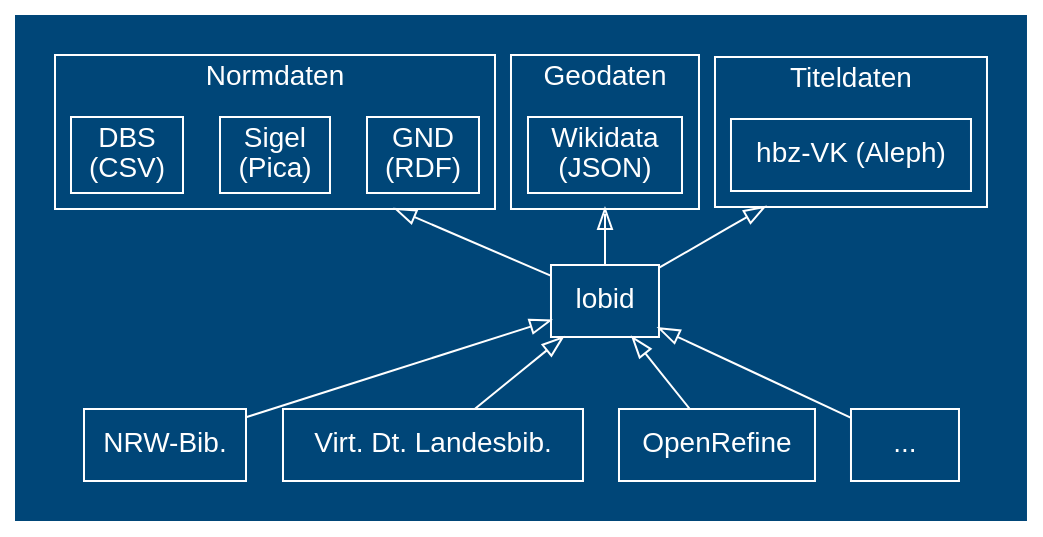
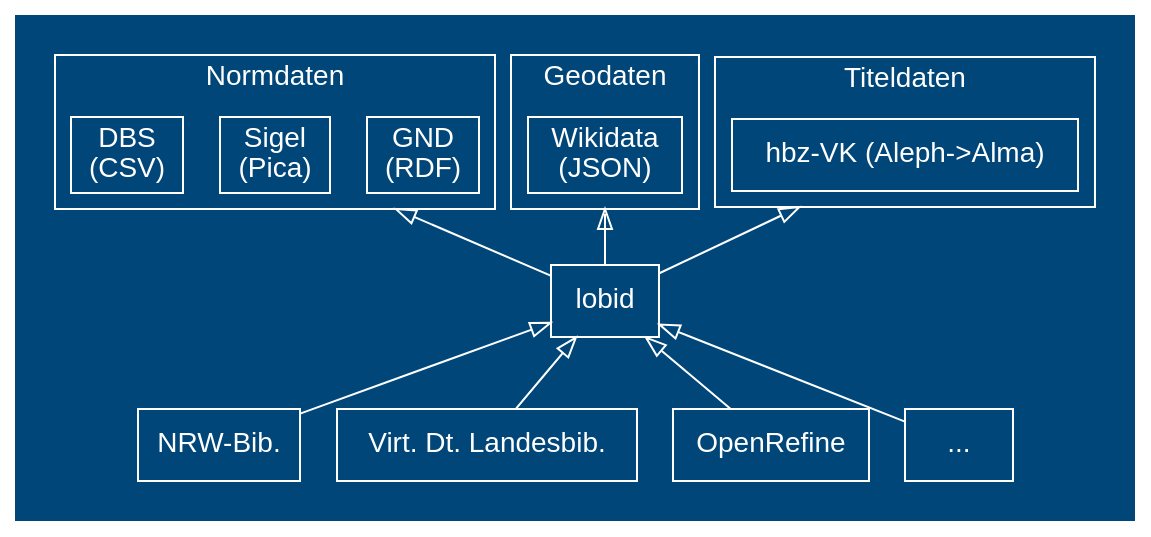
One commit to hbz/slides changed the diagram in 2023-zbiw/img/lobid-data.dot. Above: the diagram before and after it, drawn with Graphviz. The commit also changed 7 other files, not shown here.

```diff
--- a/2023-zbiw/img/lobid-data.dot
+++ b/2023-zbiw/img/lobid-data.dot
@@ -1,61 +1,61 @@
 digraph data {
 	compound=true
 	node[shape=box color=white fontcolor=white fontname=helvetica]
 	graph [bgcolor="#004678" color=white fontcolor=white fontname=helvetica]
 	edge[color=white fontcolor=white fontname=helvetica]
 	edge[arrowhead=empty arrowtail=empty]
 	rankdir=TD
 	splines=false
 
 	subgraph cluster_1{
 	style=invis
 
 	/*
 	subgraph cluster_libs{
 		style=invis
 		libs [label="Libraries"]
 	}
 	*/
 
 	subgraph cluster_title{
 		style=solid
 		label="Titeldaten"
-		union [label="hbz-VK (Aleph)"]
+		union [label="hbz-VK (Aleph->Alma)"]
 	}
 
 	subgraph cluster_geo{
 		style=solid
 		label="Geodaten"
 		wikidata[label="Wikidata\n(JSON)"]
 	}
 
 	subgraph cluster_auth{
 		style=solid
 		label="Normdaten"
 		gnd[label="GND\n(RDF)"]
 		sigel[label="Sigel\n(Pica)"]
 		dbs[label="DBS\n(CSV)"]
 	}
 
 
 
 	api[label="lobid"]
 
 	//libs->union[lhead=cluster_title]
 	//libs->sigel[lhead=cluster_auth]
 
 	wikidata->api[ltail=cluster_geo dir=back]
 	sigel->api[ltail=cluster_auth dir=back]
 	union->api[ltail=cluster_title dir=back]
 
 	app1[label="NRW-Bib."]
 	app2[label="Virt. Dt. Landesbib."]
 	app3[label="OpenRefine"]
 	app4[label="..."]
 
 	api->app1[dir=back]
 	api->app2[dir=back]
 	api->app3[dir=back]
 	api->app4[dir=back]
 	}
 }
```
